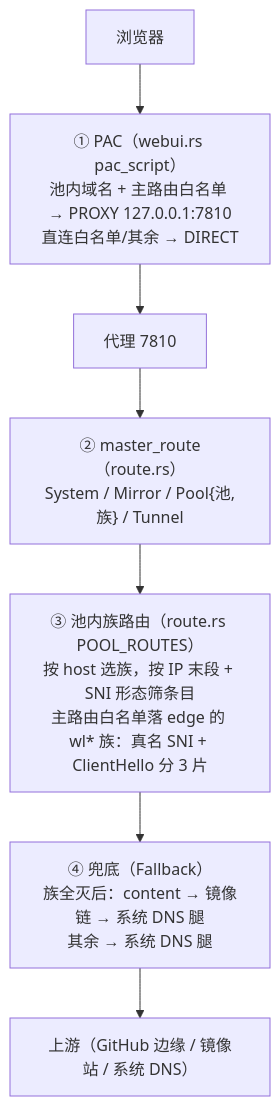
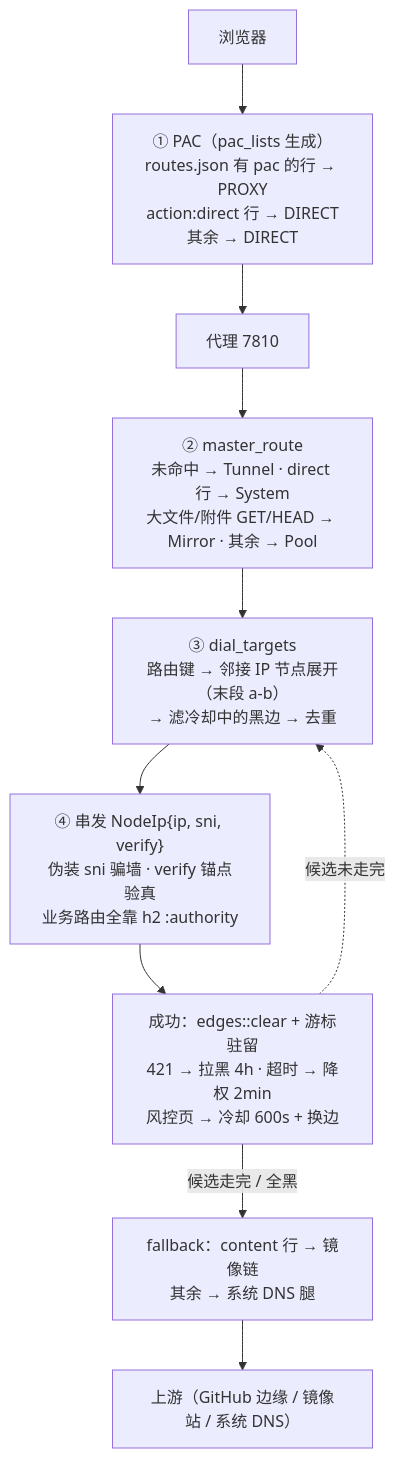
The diagram in docs/ROUTING.md (zhidian-cmd/gitport-github), drawn with Mermaid before and after one commit. The commit also changed other lines of this file and 2 other files, not shown here.

````diff
--- a/docs/ROUTING.md
+++ b/docs/ROUTING.md
@@ -13,9 +8,12 @@
 ```mermaid
 flowchart TD
-    B["浏览器"] --> L1["① PAC（webui.rs pac_script）<br/>池内域名 + 主路由白名单 → PROXY 127.0.0.1:7810<br/>直连白名单/其余 → DIRECT"]
+    B["浏览器"] --> L1["① PAC（pac_lists 生成）<br/>routes.json 有 pac 的行 → PROXY<br/>action:direct 行 → DIRECT<br/>其余 → DIRECT"]
     L1 --> P["代理 7810"]
-    P --> L2["② master_route（route.rs）<br/>System / Mirror / Pool{池,族} / Tunnel"]
-    L2 --> L3["③ 池内族路由（route.rs POOL_ROUTES）<br/>按 host 选族，按 IP 末段 + SNI 形态筛条目<br/>主路由白名单落 edge 的 wl* 族：真名 SNI + ClientHello 分 3 片"]
-    L3 --> L4["④ 兜底（Fallback）<br/>族全灭后：content → 镜像链 → 系统 DNS 腿<br/>其余 → 系统 DNS 腿"]
-    L4 --> UP["上游（GitHub 边缘 / 镜像站 / 系统 DNS）"]
+    P --> L2["② master_route<br/>未命中 → Tunnel · direct 行 → System<br/>大文件/附件 GET/HEAD → Mirror · 其余 → Pool"]
+    L2 --> L3["③ dial_targets<br/>路由键 → 邻接 IP 节点展开（末段 a-b）<br/>→ 滤冷却中的黑边 → 去重"]
+    L3 --> L4["④ 串发 NodeIp{ip, sni, verify}<br/>伪装 sni 骗墙 · verify 锚点验真<br/>业务路由全靠 h2 :authority"]
+    L4 --> OUT["成功：edges::clear + 游标驻留<br/>421 → 拉黑 4h · 超时 → 降权 2min<br/>风控页 → 冷却 600s + 换边"]
+    OUT -.->|"候选未走完"| L3
+    OUT -->|"候选走完 / 全黑"| FB["fallback：content 行 → 镜像链<br/>其余 → 系统 DNS 腿"]
+    FB --> UP["上游（GitHub 边缘 / 镜像站 / 系统 DNS）"]
 ```
````
